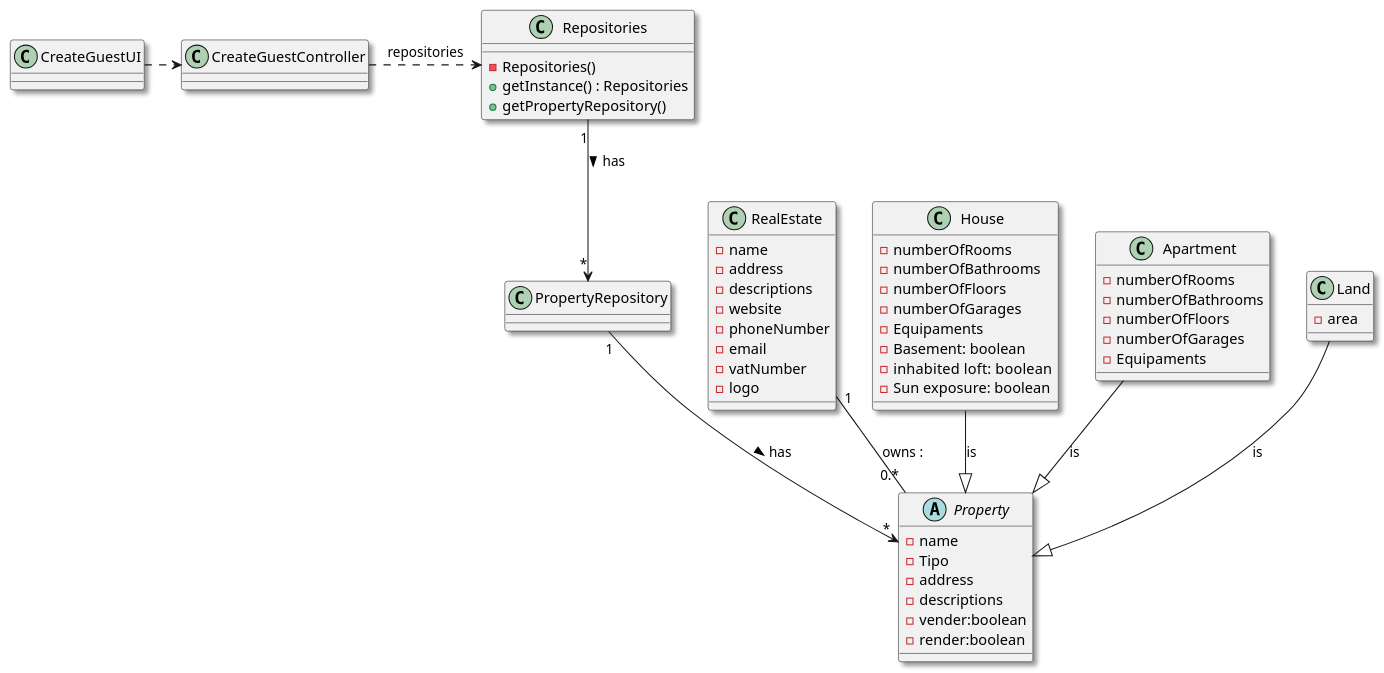
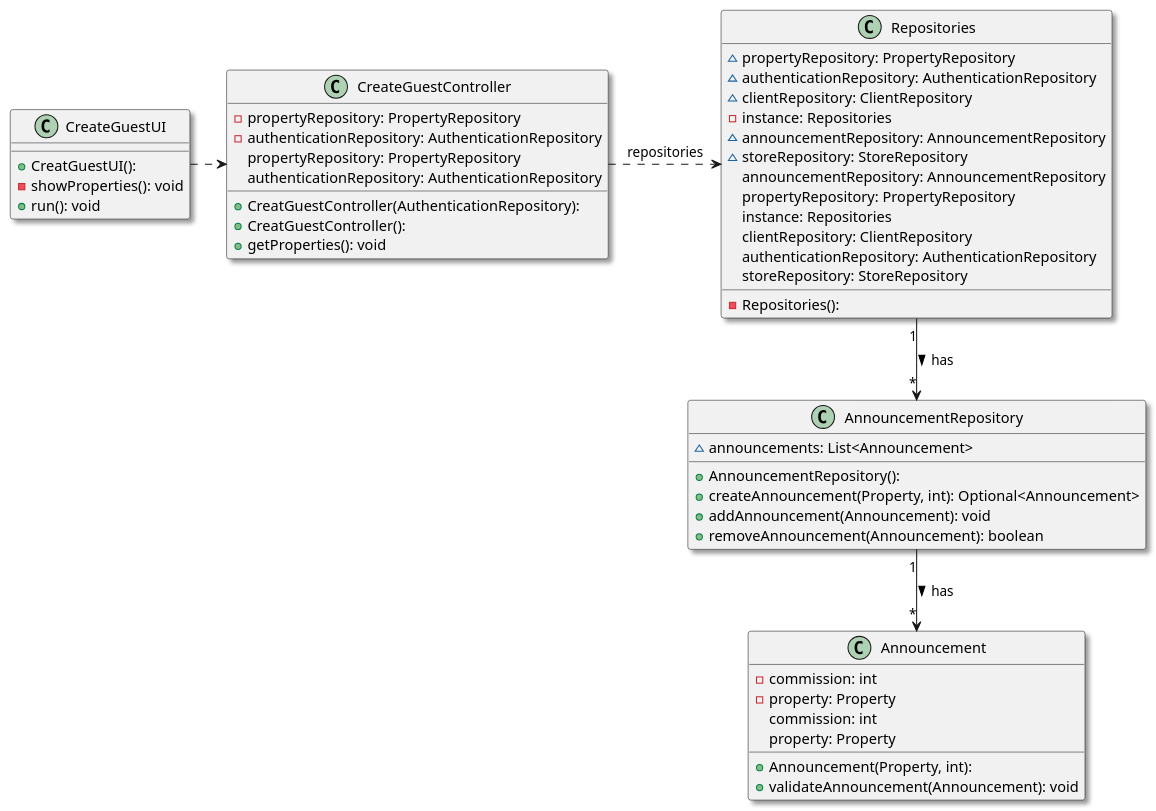
The diagram in lei-22-s2-1do-g68/docs/SprintB/us001/03.design/puml/us001-class-diagram.puml (hugosilva2901/lei-22-s2-1DO-g68), drawn with PlantUML before and after one commit. The commit also changed 1 other file, not shown here.

```diff
--- a/lei-22-s2-1do-g68/docs/SprintB/us001/03.design/puml/us001-class-diagram.puml
+++ b/lei-22-s2-1do-g68/docs/SprintB/us001/03.design/puml/us001-class-diagram.puml
@@ -1,76 +1,64 @@
 @startuml
 skinparam monochrome false
 skinparam packageStyle rectangle
 skinparam shadowing true
 top to bottom direction
 
 skinparam classAttributeIconSize "2"
 
 
-class RealEstate {
-    - name
-    - address
-    - descriptions
-    - website
-    - phoneNumber
-    - email
-    - vatNumber
-    - logo
-}
-class House{
-    - numberOfRooms
-    - numberOfBathrooms
-    - numberOfFloors
-    - numberOfGarages
-    - Equipaments
-    - Basement: boolean
-    - inhabited  loft: boolean
-    - Sun exposure: boolean
-}
-class Apartment{
-    - numberOfRooms
-    - numberOfBathrooms
-    - numberOfFloors
-    - numberOfGarages
-    - Equipaments
+
+class Repositories {
+    - Repositories():
+    ~ propertyRepository: PropertyRepository
+    ~ authenticationRepository: AuthenticationRepository
+    ~ clientRepository: ClientRepository
+    - instance: Repositories
+    ~ announcementRepository: AnnouncementRepository
+    ~ storeRepository: StoreRepository
+     announcementRepository: AnnouncementRepository
+     propertyRepository: PropertyRepository
+     instance: Repositories
+     clientRepository: ClientRepository
+     authenticationRepository: AuthenticationRepository
+     storeRepository: StoreRepository
 
 }
-class Land{
-    - area
+class CreateGuestUI {
+  + CreatGuestUI():
+  - showProperties(): void
+  + run(): void
 }
-abstract class Property {
-    - name
-    - Tipo
-    - address
-    - descriptions
-    - vender:boolean
-    - render:boolean
+class CreateGuestController {
+  + CreatGuestController(AuthenticationRepository):
+  + CreatGuestController():
+  - propertyRepository: PropertyRepository
+  - authenticationRepository: AuthenticationRepository
+  + getProperties(): void
+   propertyRepository: PropertyRepository
+   authenticationRepository: AuthenticationRepository
+}
+class AnnouncementRepository {
+  + AnnouncementRepository():
+  ~ announcements: List<Announcement>
+  + createAnnouncement(Property, int): Optional<Announcement>
+  + addAnnouncement(Announcement): void
+  + removeAnnouncement(Announcement): boolean
 }
 
-class Repositories {
-    - Repositories()
-    + getInstance() : Repositories
-    + getPropertyRepository()
-
+class Announcement {
+  + Announcement(Property, int):
+  - commission: int
+  - property: Property
+  + validateAnnouncement(Announcement): void
+   commission: int
+   property: Property
 }
-class CreateGuestUI{
-}
-
-class CreateGuestController{
-
-}
-class PropertyRepository{
-
-}
-
 CreateGuestUI .> CreateGuestController
 CreateGuestController .> Repositories : repositories
-Repositories "1" --> "*" PropertyRepository : has >
-PropertyRepository "1" --> "*" Property : has >
-House  --|>  Property  : is
-Apartment  --|>  Property : is
-Land  --|>  Property : is
-RealEstate "1"--"0.*" Property: owns :
+Repositories "1" --> "*" AnnouncementRepository : has >
+AnnouncementRepository "1" --> "*" Announcement : has >
+
 
 
 @enduml
```
